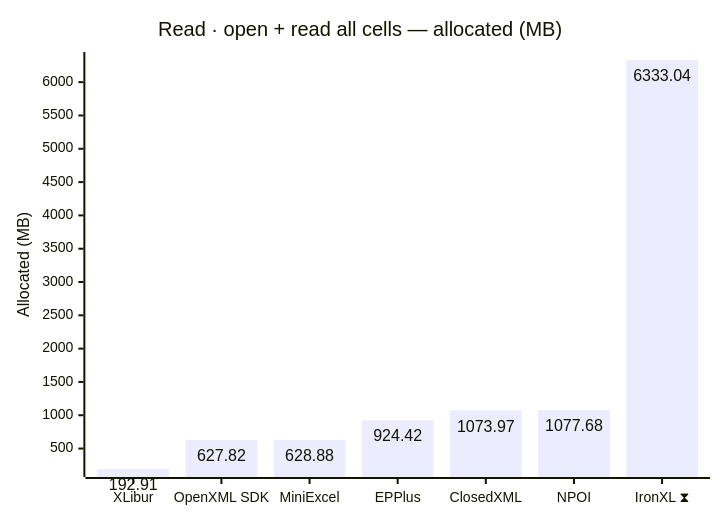
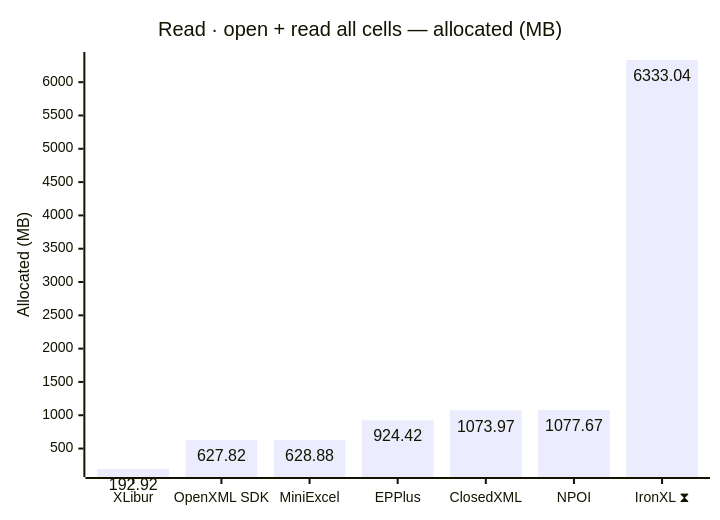
The fourth of 12 diagrams in docs/results-ci.md (jafin/XLBench), drawn with Mermaid before and after one commit. The commit also changed other lines of this file, not shown here.

````diff
--- a/docs/results-ci.md
+++ b/docs/results-ci.md
@@ -80,12 +80,12 @@
 ```mermaid
 ---
 config:
   xyChart:
     showDataLabel: true
 ---
 xychart-beta
     title "Read · open + read all cells — allocated (MB)"
     x-axis ["XLibur", "OpenXML SDK", "MiniExcel", "EPPlus", "ClosedXML", "NPOI", "IronXL ⧗"]
     y-axis "Allocated (MB)"
-    bar [192.91, 627.82, 628.88, 924.42, 1073.97, 1077.68, 6333.04]
+    bar [192.92, 627.82, 628.88, 924.42, 1073.97, 1077.67, 6333.04]
 ```
````
